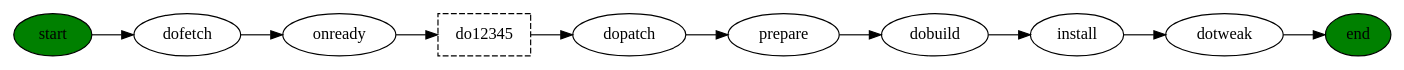
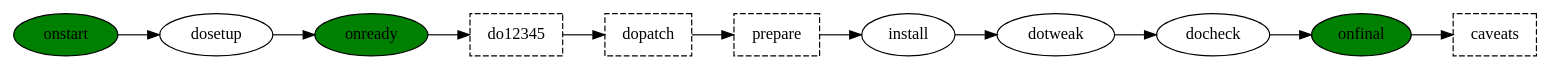
Before and after one commit to leleliu008/ppkg: the diagram in phases.dot, drawn with Graphviz. The commit also changed 4 other files, not shown here.

```diff
--- a/phases.dot
+++ b/phases.dot
@@ -1,7 +1,14 @@
 digraph {
     rankdir="LR"
-    start -> dofetch -> onready -> do12345 -> dopatch -> prepare -> dobuild -> install -> dotweak -> end
+
+    onstart -> dosetup -> onready -> do12345 -> dopatch -> prepare -> install -> dotweak -> docheck -> onfinal -> caveats
+
+    onstart [fillcolor="green";style=filled]
+    onready [fillcolor="green";style=filled]
+    onfinal [fillcolor="green";style=filled]
+
     do12345 [shape="box"; style="dashed"];
-    start [fillcolor="green";style=filled]
-    end [fillcolor="green";style=filled]
+    dopatch [shape="box"; style="dashed"];
+    prepare [shape="box"; style="dashed"];
+    caveats [shape="box"; style="dashed"];
 }
```
